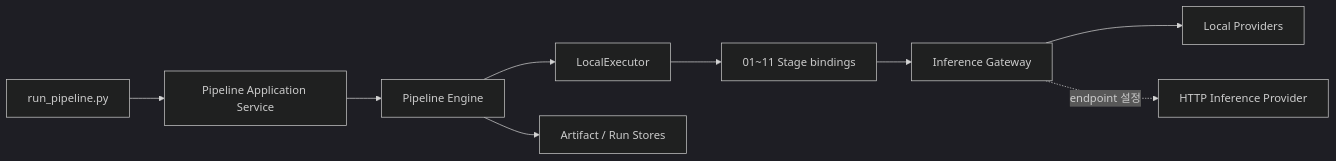
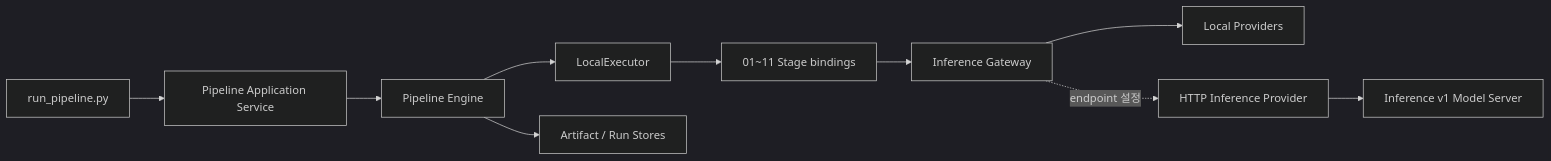
Before and after one commit to haesookimDev/video-preprocess: the diagram in README.md, drawn with Mermaid (dark theme). The commit also changed other lines of this file and 14 other files, not shown here.

First line of the commit message:
feat: serve inference providers over HTTP v1

````diff
--- a/README.md
+++ b/README.md
@@ -11,11 +11,12 @@
 ```mermaid
 flowchart LR
     CLI[run_pipeline.py] --> APP[Pipeline Application Service]
     APP --> ENGINE[Pipeline Engine]
     ENGINE --> EXECUTOR[LocalExecutor]
     EXECUTOR --> STAGES[01~11 Stage bindings]
     STAGES --> GATEWAY[Inference Gateway]
     GATEWAY --> LOCAL[Local Providers]
     GATEWAY -. endpoint 설정 .-> HTTP[HTTP Inference Provider]
+    HTTP --> SERVER[Inference v1 Model Server]
     ENGINE --> STORES[Artifact / Run Stores]
 ```
````
